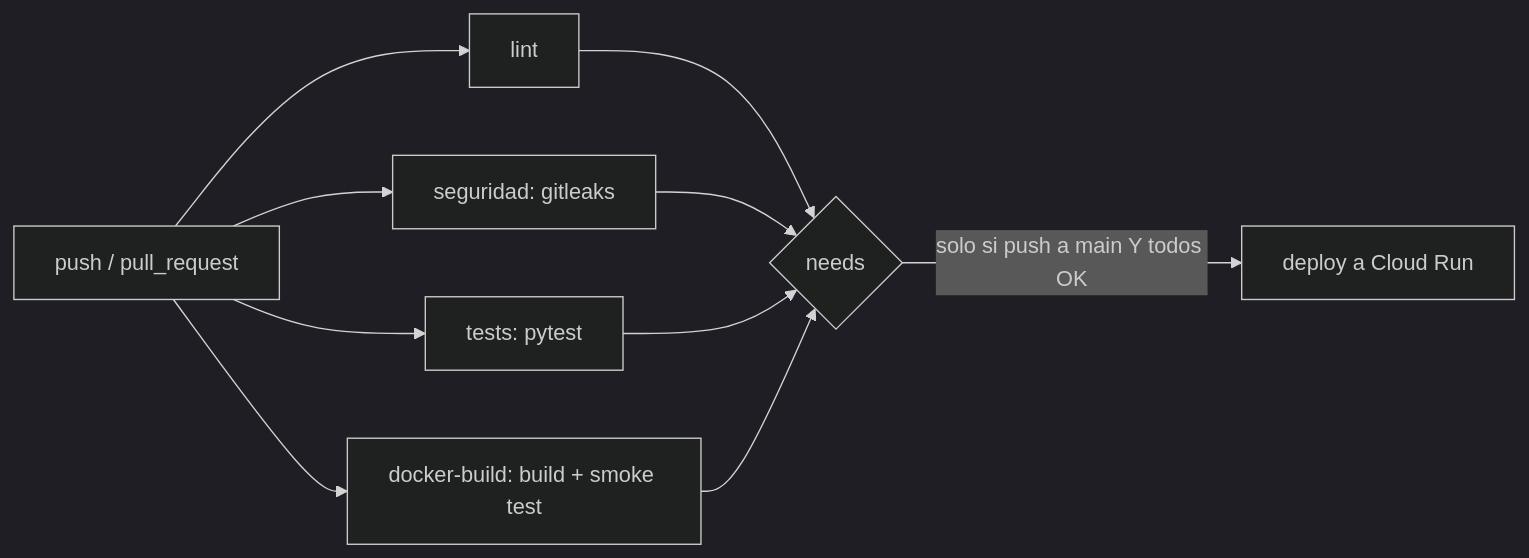
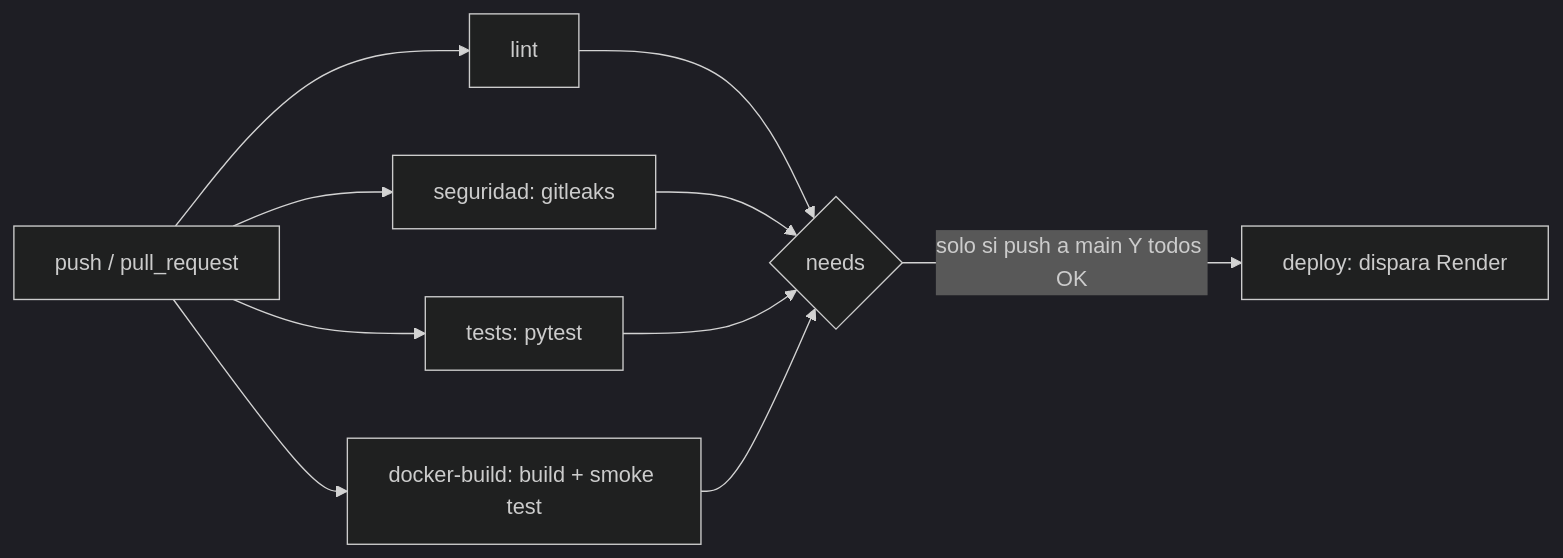
The second of 2 diagrams in README.md (vajalidk/clasificador-tickets), drawn with Mermaid (dark theme) before and after one commit. The commit also changed other lines of this file and 1 other file, not shown here.

First line of the commit message:
feat: migra el despliegue de Google Cloud Run a Render

````diff
--- a/README.md
+++ b/README.md
@@ -543,12 +544,12 @@
 ```mermaid
 flowchart LR
     A[push / pull_request] --> B[lint]
     A --> C[seguridad: gitleaks]
     A --> D[tests: pytest]
     A --> G[docker-build: build + smoke test]
     B --> E{needs}
     C --> E
     D --> E
     G --> E
-    E -->|solo si push a main Y todos OK| F[deploy a Cloud Run]
+    E -->|solo si push a main Y todos OK| F[deploy: dispara Render]
 ```
````
